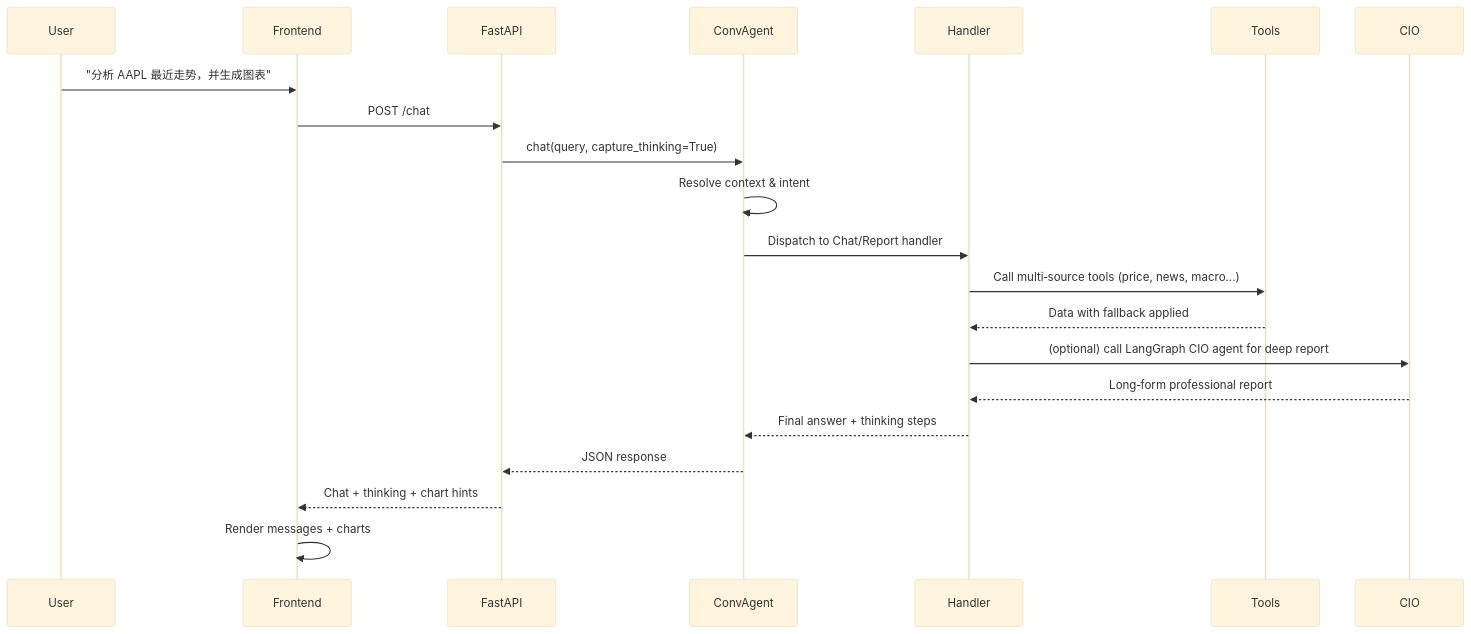
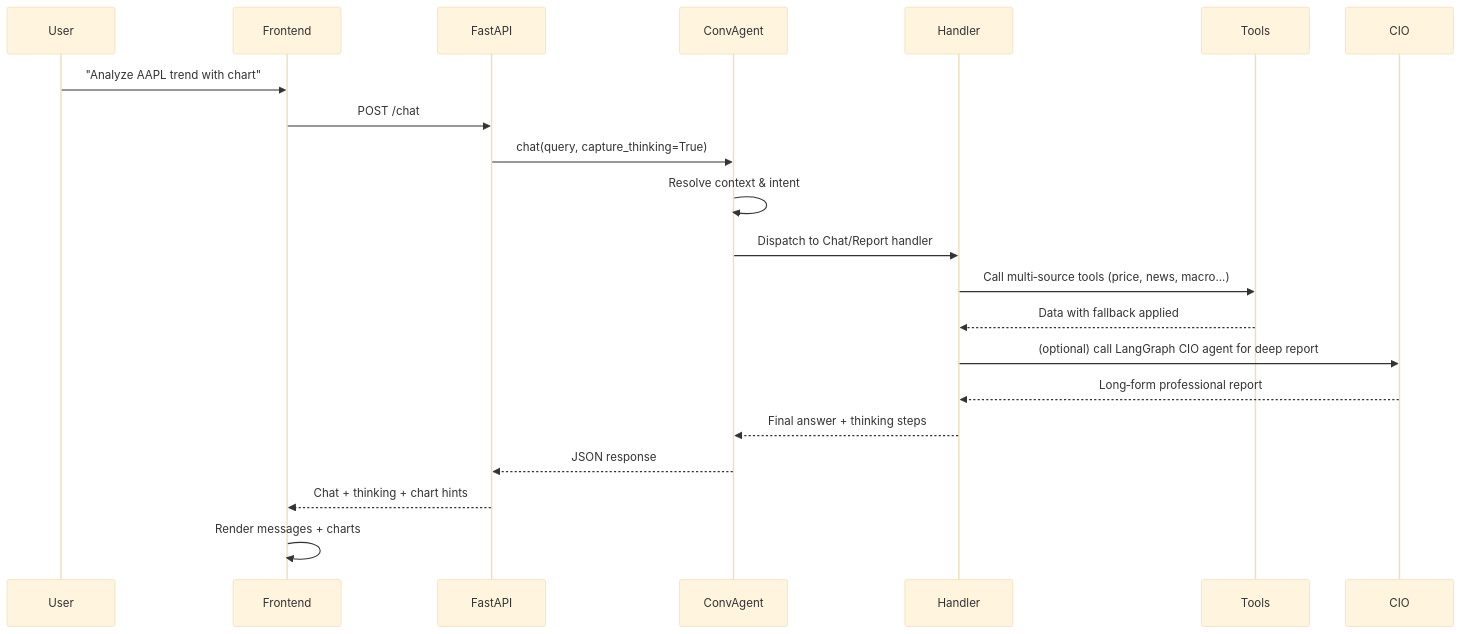
One commit to kkkano/FinSight changed the second of 3 diagrams in readme.md. Above: the diagram before and after it, drawn with Mermaid (base theme). The commit also changed other lines of this file and 122 other files, not shown here.

First line of the commit message:
feat: implement Phase 1 multi-agent architecture and user context

````diff
--- a/readme.md
+++ b/readme.md
@@ -124,24 +103,24 @@
 ```mermaid
 sequenceDiagram
     participant User
     participant Frontend
     participant FastAPI
     participant ConvAgent
     participant Handler
     participant Tools
     participant CIO
 
-    User->>Frontend: "分析 AAPL 最近走势，并生成图表"
+    User->>Frontend: "Analyze AAPL trend with chart"
     Frontend->>FastAPI: POST /chat
     FastAPI->>ConvAgent: chat(query, capture_thinking=True)
     ConvAgent->>ConvAgent: Resolve context & intent
     ConvAgent->>Handler: Dispatch to Chat/Report handler
     Handler->>Tools: Call multi‑source tools (price, news, macro...)
     Tools-->>Handler: Data with fallback applied
     Handler->>CIO: (optional) call LangGraph CIO agent for deep report
     CIO-->>Handler: Long‑form professional report
     Handler-->>ConvAgent: Final answer + thinking steps
     ConvAgent-->>FastAPI: JSON response
     FastAPI-->>Frontend: Chat + thinking + chart hints
     Frontend->>Frontend: Render messages + charts
 ```
````
